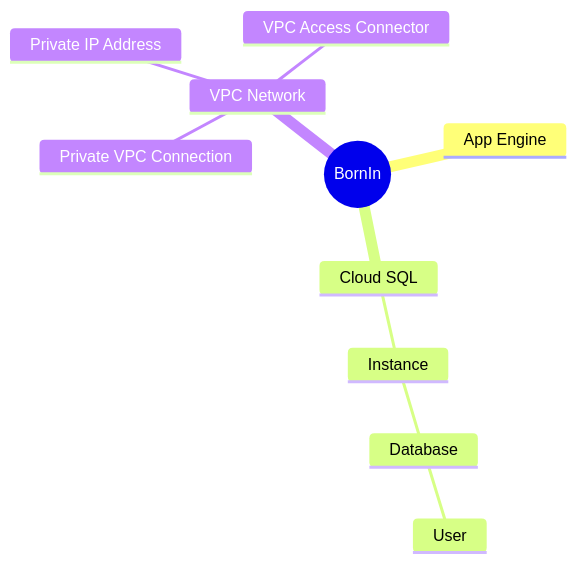
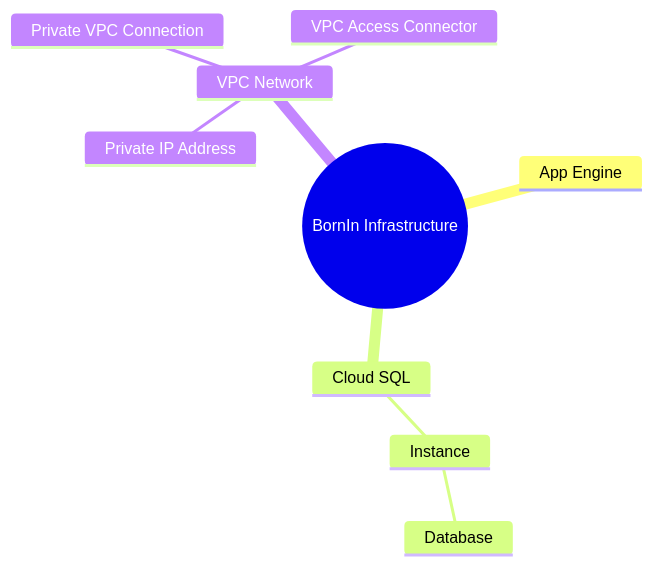
Before and after one commit to exosolarplanet/terraform-config: the diagram in README.md, drawn with Mermaid.

````diff
--- a/README.md
+++ b/README.md
@@ -5,14 +5,13 @@
 ```mermaid
 mindmap
-    root((BornIn))
+    root((BornIn Infrastructure))
         App Engine
         Cloud SQL
             Instance
                 Database
-                    User
         VPC Network
             Private IP Address
             Private VPC Connection
             VPC Access Connector
 
 ```
````
